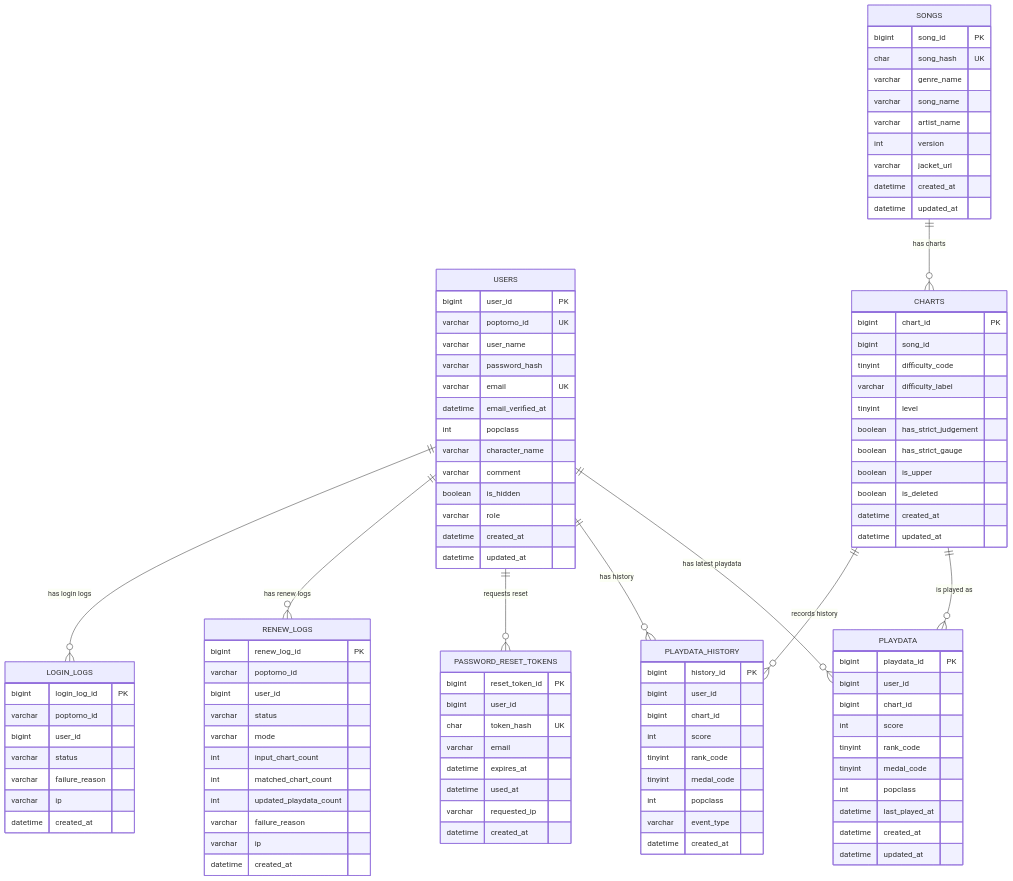
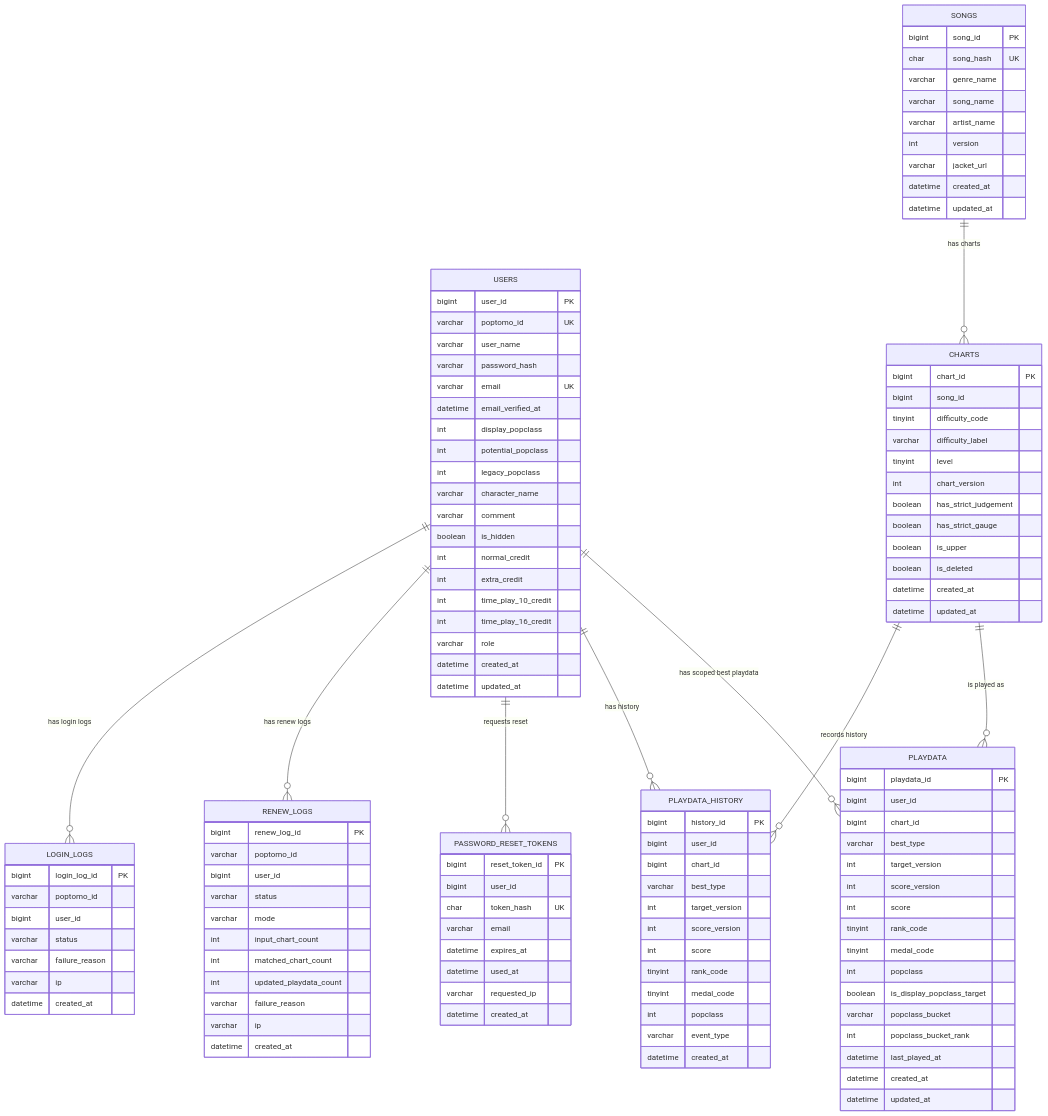
Before and after one commit to popngg/popngg-docs: the diagram in docs/mvp-db-design.md, drawn with Mermaid. The commit also changed other lines of this file and 23 other files, not shown here.

```diff
--- a/docs/mvp-db-design.md
+++ b/docs/mvp-db-design.md
@@ -65,10 +65,16 @@
         varchar password_hash
         varchar email UK
         datetime email_verified_at
-        int popclass
+        int display_popclass
+        int potential_popclass
+        int legacy_popclass
         varchar character_name
         varchar comment
         boolean is_hidden
+        int normal_credit
+        int extra_credit
+        int time_play_10_credit
+        int time_play_16_credit
         varchar role
         datetime created_at
         datetime updated_at
@@ -92,6 +98,7 @@
         tinyint difficulty_code
         varchar difficulty_label
         tinyint level
+        int chart_version
         boolean has_strict_judgement
         boolean has_strict_gauge
         boolean is_upper
@@ -104,10 +111,16 @@
         bigint playdata_id PK
         bigint user_id
         bigint chart_id
+        varchar best_type
+        int target_version
+        int score_version
         int score
         tinyint rank_code
         tinyint medal_code
         int popclass
+        boolean is_display_popclass_target
+        varchar popclass_bucket
+        int popclass_bucket_rank
         datetime last_played_at
         datetime created_at
         datetime updated_at
@@ -117,6 +130,9 @@
         bigint history_id PK
         bigint user_id
         bigint chart_id
+        varchar best_type
+        int target_version
+        int score_version
         int score
         tinyint rank_code
         tinyint medal_code
@@ -161,7 +177,7 @@
     }
 
     SONGS ||--o{ CHARTS : "has charts"
-    USERS ||--o{ PLAYDATA : "has latest playdata"
+    USERS ||--o{ PLAYDATA : "has scoped best playdata"
     CHARTS ||--o{ PLAYDATA : "is played as"
     USERS ||--o{ PLAYDATA_HISTORY : "has history"
     CHARTS ||--o{ PLAYDATA_HISTORY : "records history"
```
